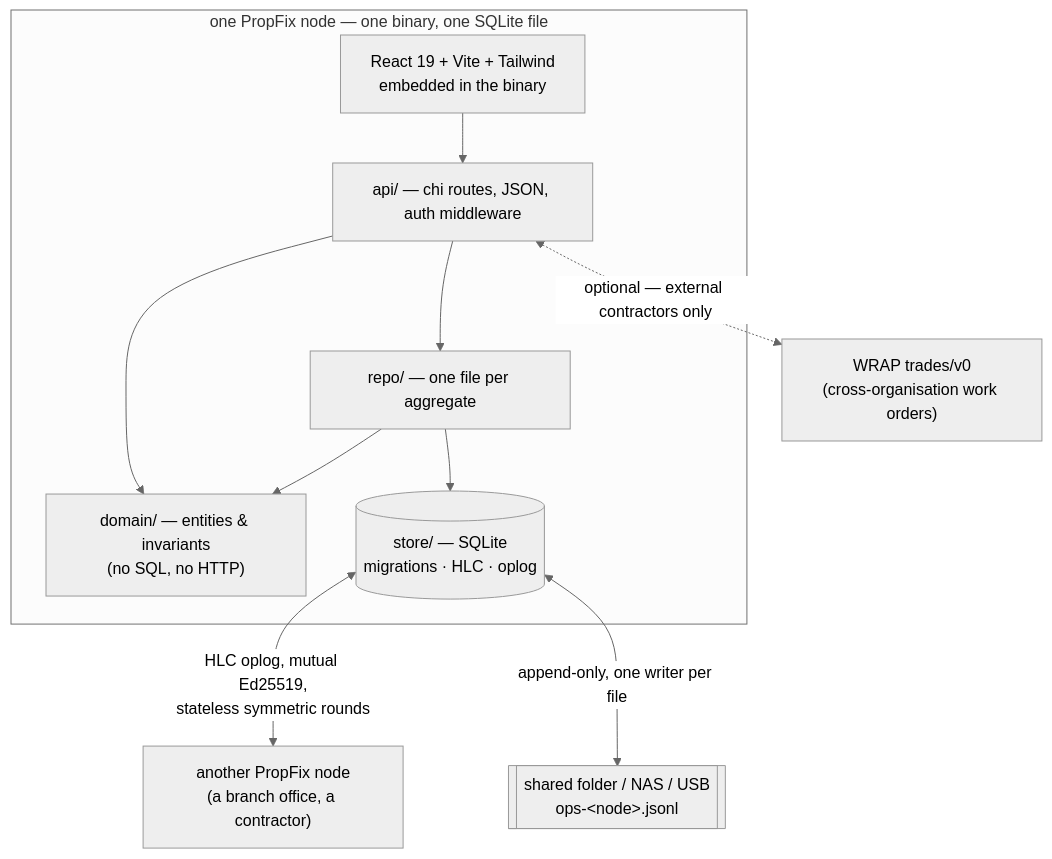
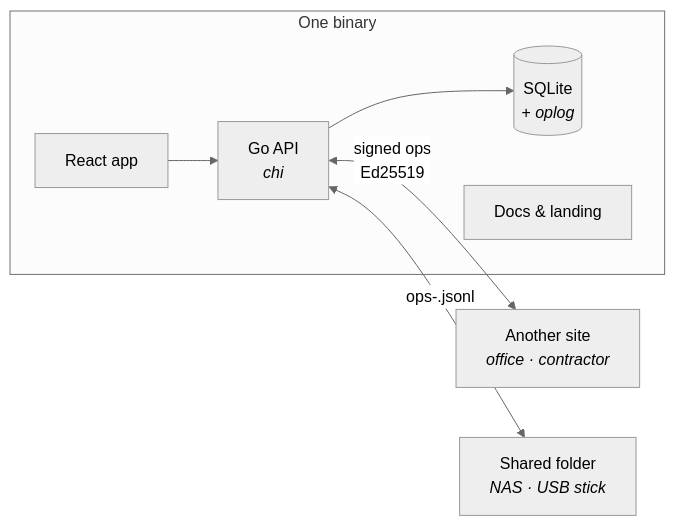
One commit to vul-os/propfix changed the diagram in README.md. Above: the diagram before and after it, drawn with Mermaid (neutral theme). The commit also changed other lines of this file and 31 other files, not shown here.

First line of the commit message:
cmd, docs: serve the app from the binary, and a README with real screenshots

````diff
--- a/README.md
+++ b/README.md
@@ -203,19 +99,14 @@
 ```mermaid
-flowchart TD
-  subgraph node["one PropFix node — one binary, one SQLite file"]
-    ui["React 19 + Vite + Tailwind<br/>embedded in the binary"]
-    api["api/ — chi routes, JSON, auth middleware"]
-    dom["domain/ — entities &amp; invariants<br/>(no SQL, no HTTP)"]
-    repo["repo/ — one file per aggregate"]
-    store[("store/ — SQLite<br/>migrations · HLC · oplog")]
-    ui --> api --> repo --> store
-    api --> dom
-    repo --> dom
+flowchart LR
+  subgraph "One binary"
+    API["Go API<br/><i>chi</i>"]
+    DB[("SQLite<br/><i>+ oplog</i>")]
+    UI["React app"]
+    SITE["Docs &amp; landing"]
   end
-  peer["another PropFix node<br/>(a branch office, a contractor)"]
-  folder[["shared folder / NAS / USB<br/>ops-&lt;node&gt;.jsonl"]]
-  wrapnet["WRAP trades/v0<br/>(cross-organisation work orders)"]
-  store <-->|"HLC oplog, mutual Ed25519,<br/>stateless symmetric rounds"| peer
-  store <-->|"append-only, one writer per file"| folder
-  api <-.->|"optional — external contractors only"| wrapnet
+  P2["Another site<br/><i>office · contractor</i>"]
+  USB["Shared folder<br/><i>NAS · USB stick</i>"]
+  UI --> API --> DB
+  API <-->|"signed ops<br/>Ed25519"| P2
+  API <-->|"ops-<node>.jsonl"| USB
 ```
````
